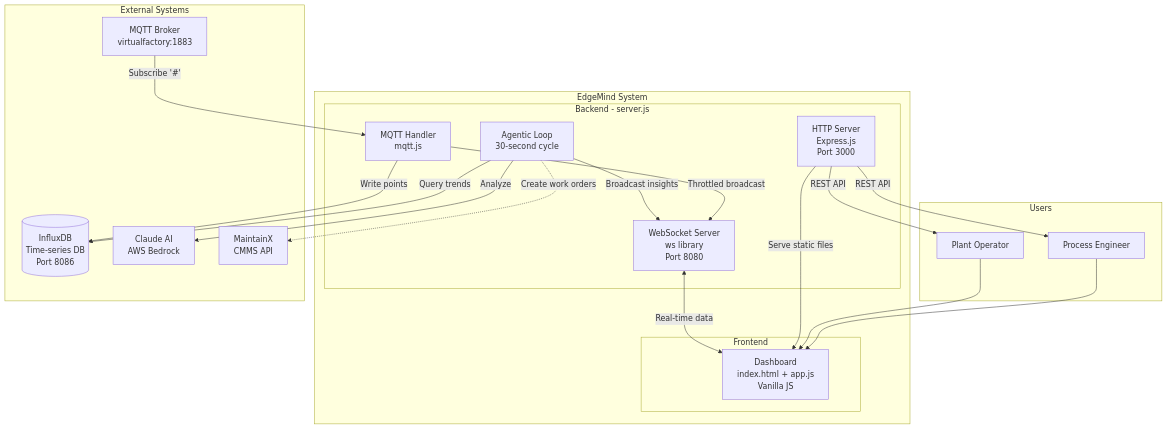
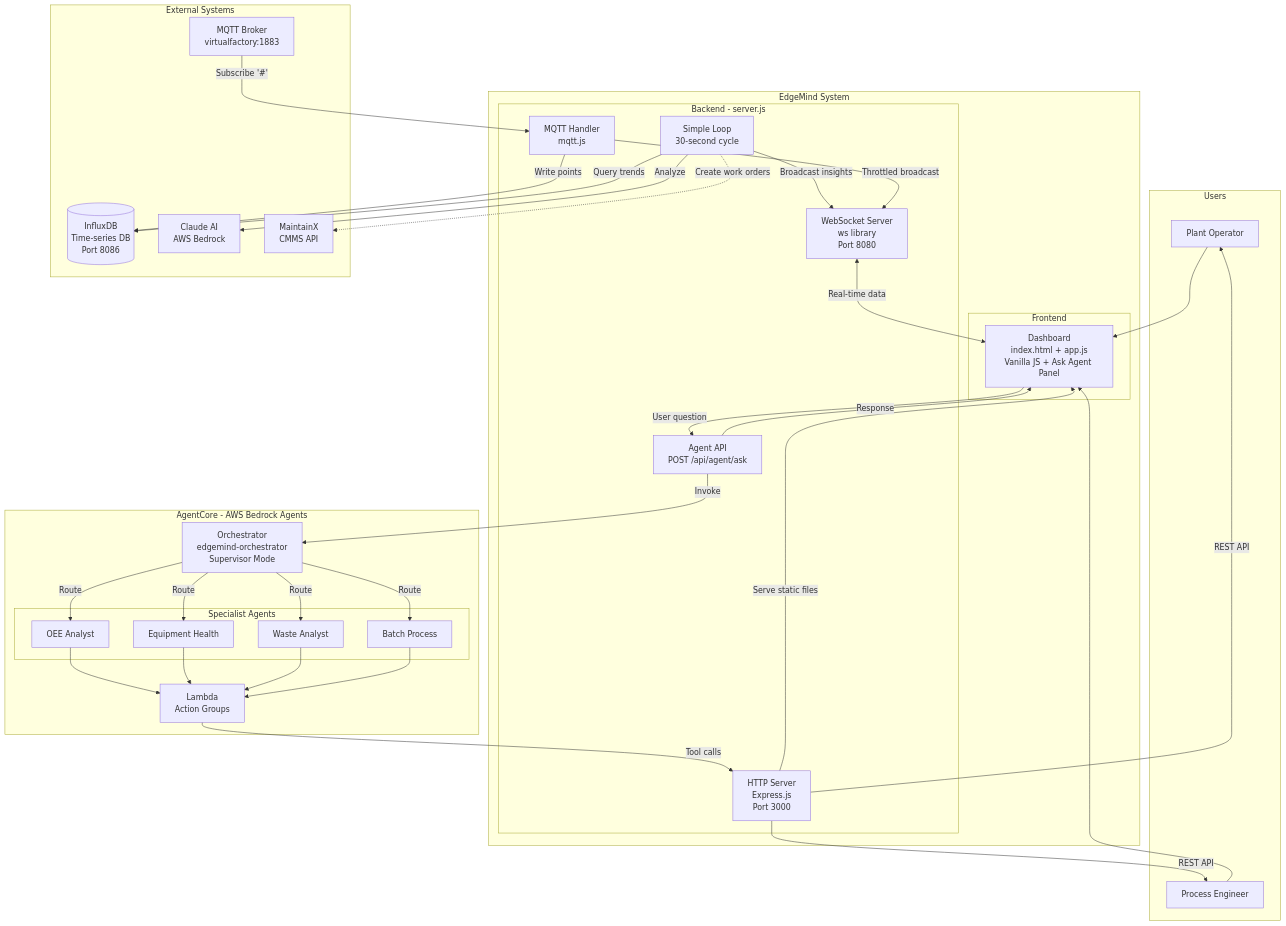
Before and after one commit to briananderson1222/EdgeMind: the first of 2 diagrams in docs/architecture/2-containers.md, drawn with Mermaid. The commit also changed other lines of this file and 7 other files, not shown here.

First line of the commit message:
docs: update architecture documentation with AgentCore

````diff
--- a/docs/architecture/2-containers.md
+++ b/docs/architecture/2-containers.md
@@ -7,44 +7,70 @@
 ```mermaid
 flowchart TB
     subgraph users[Users]
         OP[Plant Operator]
         ENG[Process Engineer]
     end
 
     subgraph edgemind[EdgeMind System]
         subgraph backend[Backend - server.js]
             HTTP[HTTP Server<br/>Express.js<br/>Port 3000]
             WS[WebSocket Server<br/>ws library<br/>Port 8080]
             MQTT_H[MQTT Handler<br/>mqtt.js]
-            AGENT[Agentic Loop<br/>30-second cycle]
+            AGENT[Simple Loop<br/>30-second cycle]
+            AGENTAPI[Agent API<br/>POST /api/agent/ask]
         end
 
         subgraph frontend[Frontend]
-            DASH[Dashboard<br/>index.html + app.js<br/>Vanilla JS]
+            DASH[Dashboard<br/>index.html + app.js<br/>Vanilla JS + Ask Agent Panel]
         end
     end
 
     subgraph external[External Systems]
         MQTT_B[MQTT Broker<br/>virtualfactory:1883]
         INFLUX[(InfluxDB<br/>Time-series DB<br/>Port 8086)]
         CLAUDE[Claude AI<br/>AWS Bedrock]
         CMMS[MaintainX<br/>CMMS API]
+    end
+
+    subgraph agentcore[AgentCore - AWS Bedrock Agents]
+        ORCH[Orchestrator<br/>edgemind-orchestrator<br/>Supervisor Mode]
+        subgraph specialists[Specialist Agents]
+            OEE_A[OEE Analyst]
+            EQUIP_A[Equipment Health]
+            WASTE_A[Waste Analyst]
+            BATCH_A[Batch Process]
+        end
+        LAMBDA[Lambda<br/>Action Groups]
     end
 
     MQTT_B -->|Subscribe '#'| MQTT_H
     MQTT_H -->|Write points| INFLUX
     AGENT -->|Query trends| INFLUX
     AGENT -->|Analyze| CLAUDE
     AGENT -->|Broadcast insights| WS
     MQTT_H -->|Throttled broadcast| WS
 
     WS <-->|Real-time data| DASH
     HTTP -->|Serve static files| DASH
     HTTP -->|REST API| OP
     HTTP -->|REST API| ENG
 
     AGENT -.->|Create work orders| CMMS
 
+    %% AgentCore Flow
+    DASH -->|User question| AGENTAPI
+    AGENTAPI -->|Invoke| ORCH
+    ORCH -->|Route| OEE_A
+    ORCH -->|Route| EQUIP_A
+    ORCH -->|Route| WASTE_A
+    ORCH -->|Route| BATCH_A
+    OEE_A --> LAMBDA
+    EQUIP_A --> LAMBDA
+    WASTE_A --> LAMBDA
+    BATCH_A --> LAMBDA
+    LAMBDA -->|Tool calls| HTTP
+    AGENTAPI -->|Response| DASH
+
     OP --> DASH
     ENG --> DASH
 ```
````
